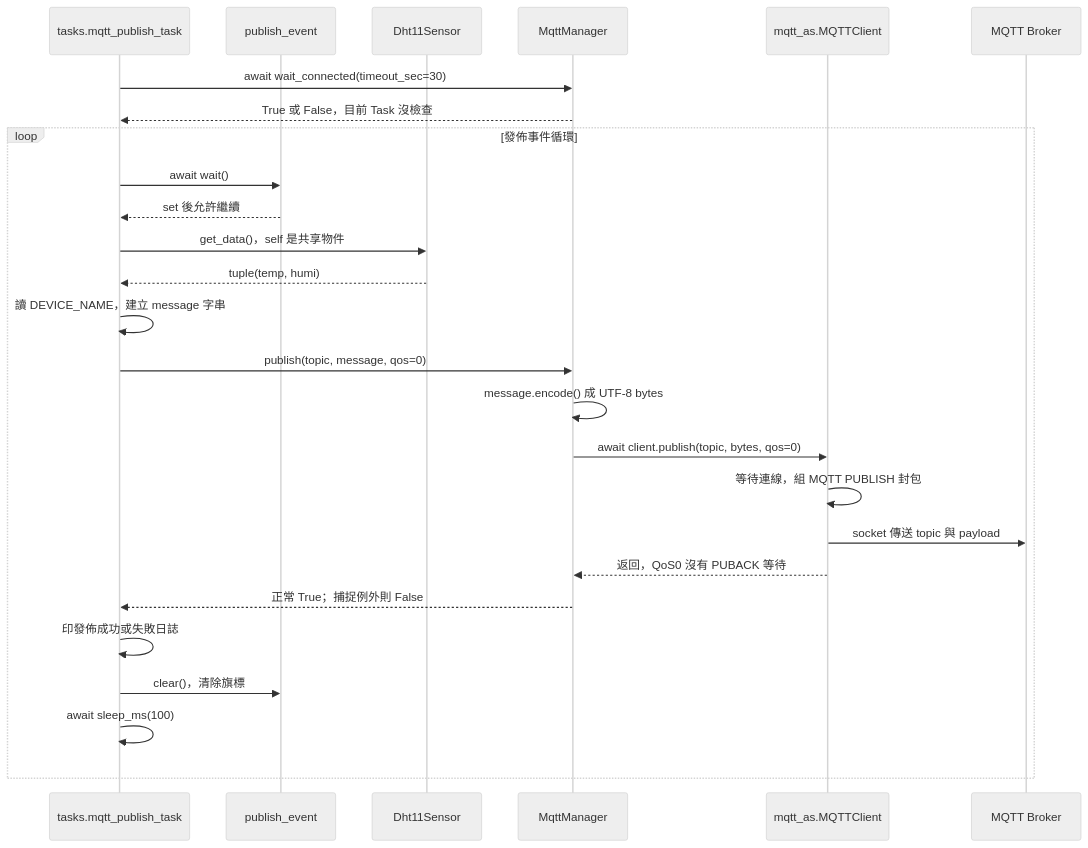
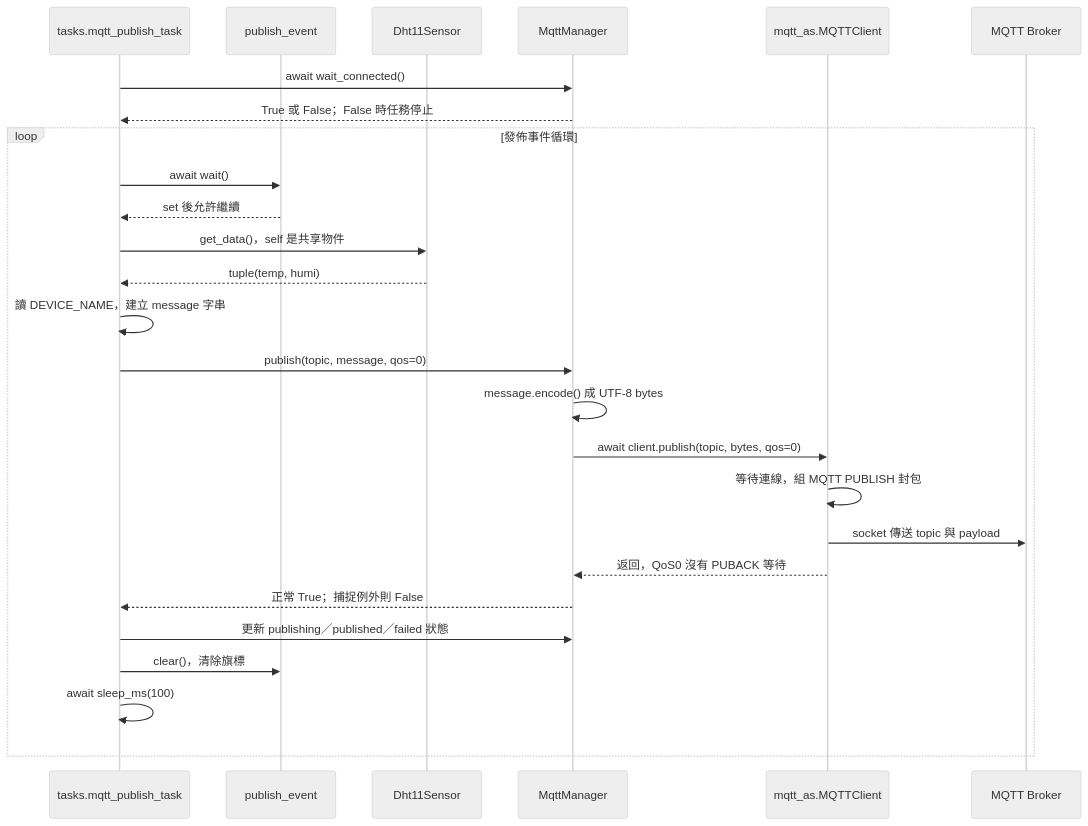
Before and after one commit to change918418-tech/IoT_Course: diagram 11 of 12 in WEB_UI_EXECUTION_GUIDE.md, drawn with Mermaid (neutral theme). The commit also changed other lines of this file and 25 other files, not shown here.

````diff
--- a/WEB_UI_EXECUTION_GUIDE.md
+++ b/WEB_UI_EXECUTION_GUIDE.md
@@ -637,28 +616,28 @@
 ```mermaid
 sequenceDiagram
     participant Task as tasks.mqtt_publish_task
     participant Event as publish_event
     participant DHT as Dht11Sensor
     participant Manager as MqttManager
     participant Client as mqtt_as.MQTTClient
     participant Broker as MQTT Broker
-    Task->>Manager: await wait_connected(timeout_sec=30)
-    Manager-->>Task: True 或 False，目前 Task 沒檢查
+    Task->>Manager: await wait_connected()
+    Manager-->>Task: True 或 False；False 時任務停止
     loop 發佈事件循環
         Task->>Event: await wait()
         Event-->>Task: set 後允許繼續
         Task->>DHT: get_data()，self 是共享物件
         DHT-->>Task: tuple(temp, humi)
         Task->>Task: 讀 DEVICE_NAME，建立 message 字串
         Task->>Manager: publish(topic, message, qos=0)
         Manager->>Manager: message.encode() 成 UTF-8 bytes
         Manager->>Client: await client.publish(topic, bytes, qos=0)
         Client->>Client: 等待連線，組 MQTT PUBLISH 封包
         Client->>Broker: socket 傳送 topic 與 payload
         Client-->>Manager: 返回，QoS0 沒有 PUBACK 等待
         Manager-->>Task: 正常 True；捕捉例外則 False
-        Task->>Task: 印發佈成功或失敗日誌
+        Task->>Manager: 更新 publishing／published／failed 狀態
         Task->>Event: clear()，清除旗標
         Task->>Task: await sleep_ms(100)
     end
 ```
````
